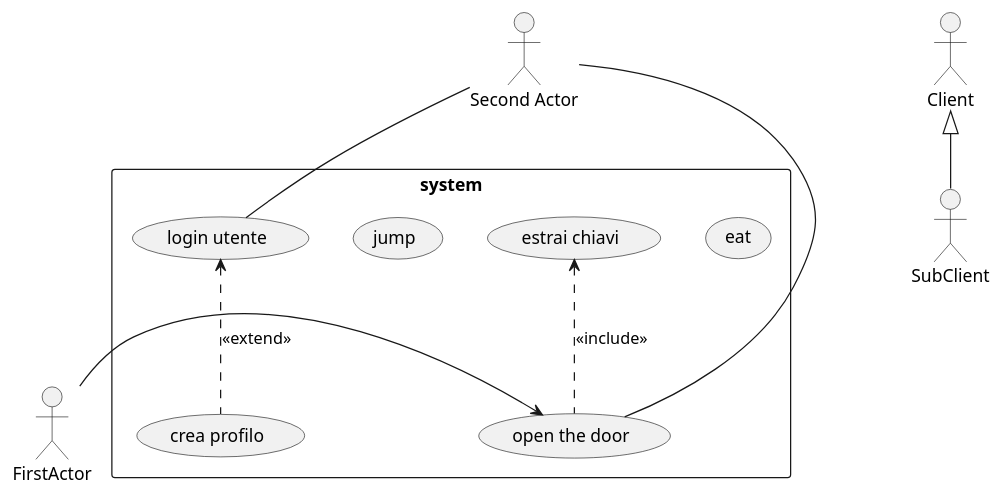
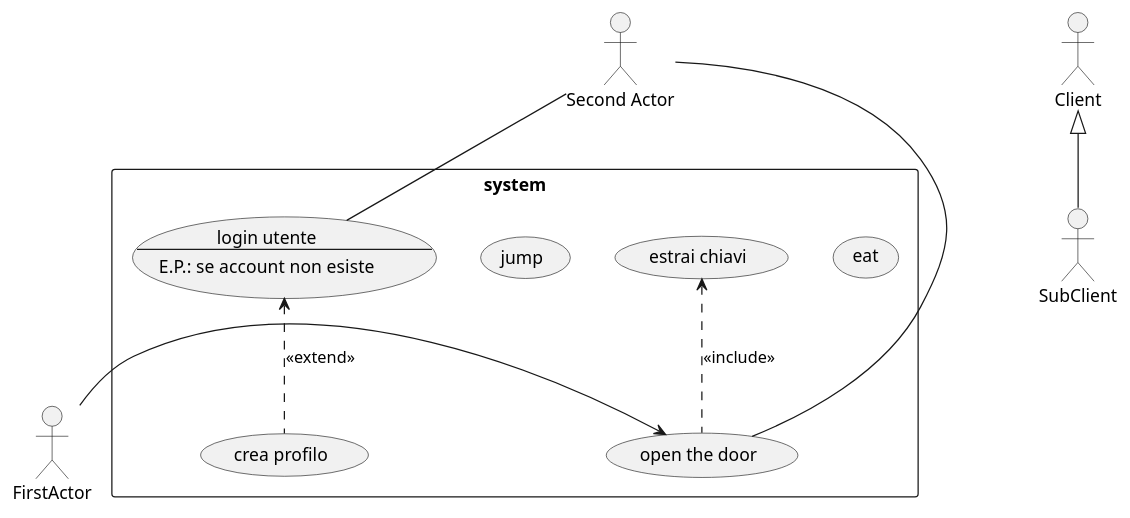
The diagram in ProgSWExamples/src/UC-Sintassi.puml (itsNikk/2425-ProgSW), drawn with PlantUML before and after one commit. The commit also changed 1 other file, not shown here.

```diff
--- a/ProgSWExamples/src/UC-Sintassi.puml
+++ b/ProgSWExamples/src/UC-Sintassi.puml
@@ -1,24 +1,30 @@
 @startuml
 :FirstActor: as a1
 :Second Actor: as a2
 :Client:
 :SubClient:
 
 rectangle system {
-(eat)
-(login utente) as lu
-(crea profilo) as cp
-(jump)
-(estrai chiavi)
-(open the door) as ot
+    (eat)
+    usecase lu as "
+    login utente
+    --
+    E.P.: se account non esiste
+    "
+    (crea profilo) as cp
+    (jump)
+    (estrai chiavi)
+    (open the door) as ot
 }
 
 Client <|-- SubClient
 (estrai chiavi) <.. ot : <<include>>
 a1 -> ot
 a2 -- ot
 a2 -- lu
 lu <.. cp : <<extend>>
 
 
+
+
 @enduml
```
